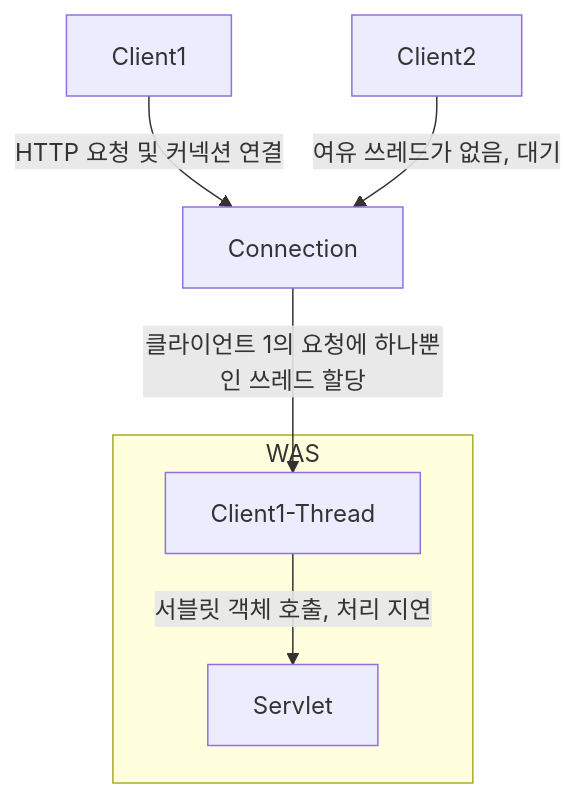
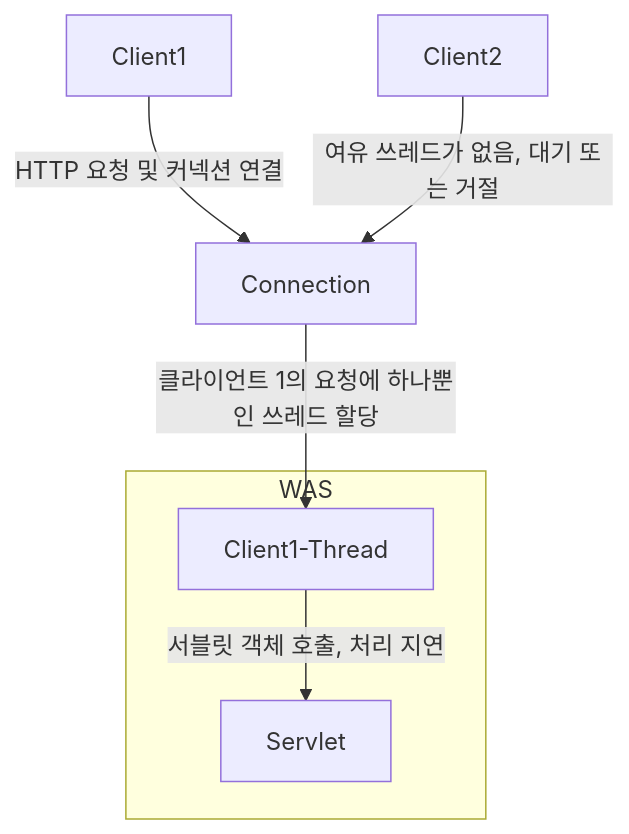
Before and after one commit to choiexe1/blog: the second of 3 diagrams in content/Resources/프로그래밍/Java/3. Spring/2. MVC 1편/웹 서버와 웹 어플리케이션 서버.md, drawn with Mermaid. The commit also changed other lines of this file and 1 other file, not shown here.

````diff
--- a/content/Resources/프로그래밍/Java/3. Spring/2. MVC 1편/웹 서버와 웹 어플리케이션 서버.md
+++ b/content/Resources/프로그래밍/Java/3. Spring/2. MVC 1편/웹 서버와 웹 어플리케이션 서버.md
@@ -130,14 +130,14 @@
 ```mermaid
 graph TB
 subgraph WAS
 Servlet
 Client1-Thread
 end
 
 Connection
 Client1 -->|HTTP 요청 및 커넥션 연결| Connection --> |클라이언트 1의 요청에 하나뿐인 쓰레드 할당| Client1-Thread --> |서블릿 객체 호출, 처리 지연| Servlet
 
-Client2 -->|여유 쓰레드가 없음, 대기| Connection
+Client2 -->|여유 쓰레드가 없음, 대기 또는 거절| Connection
 
 
 ```
````
